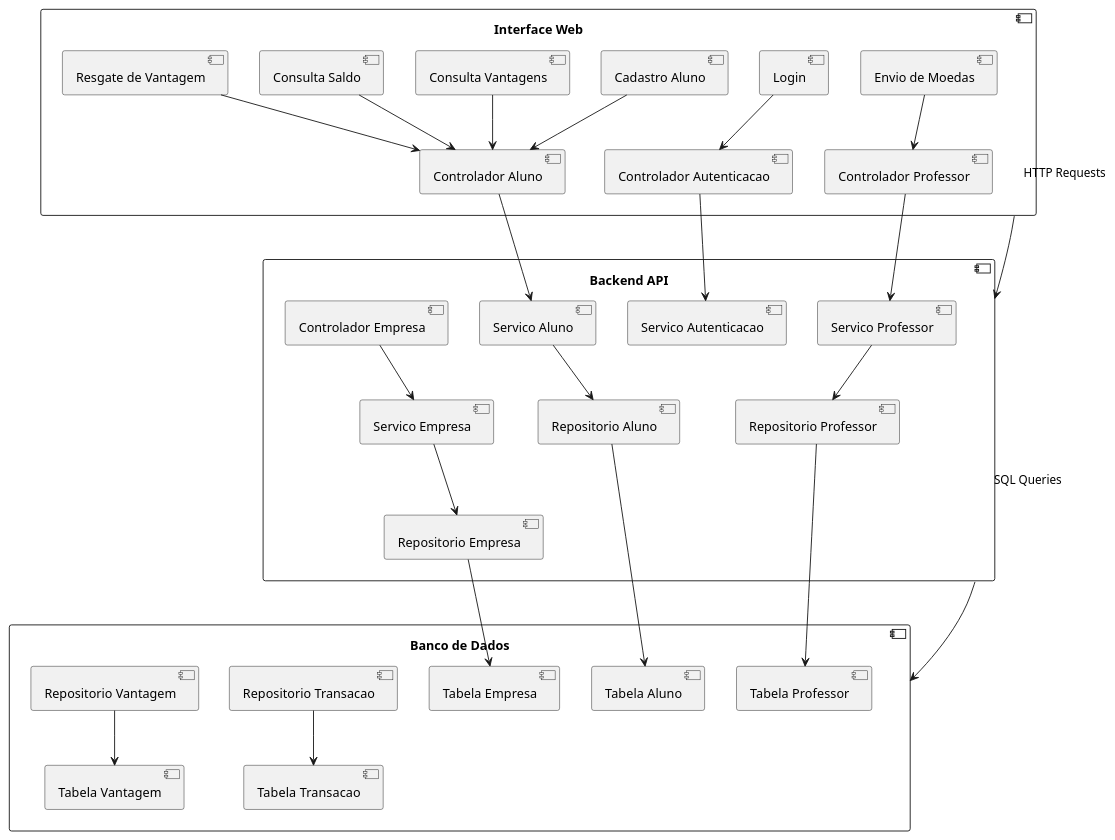
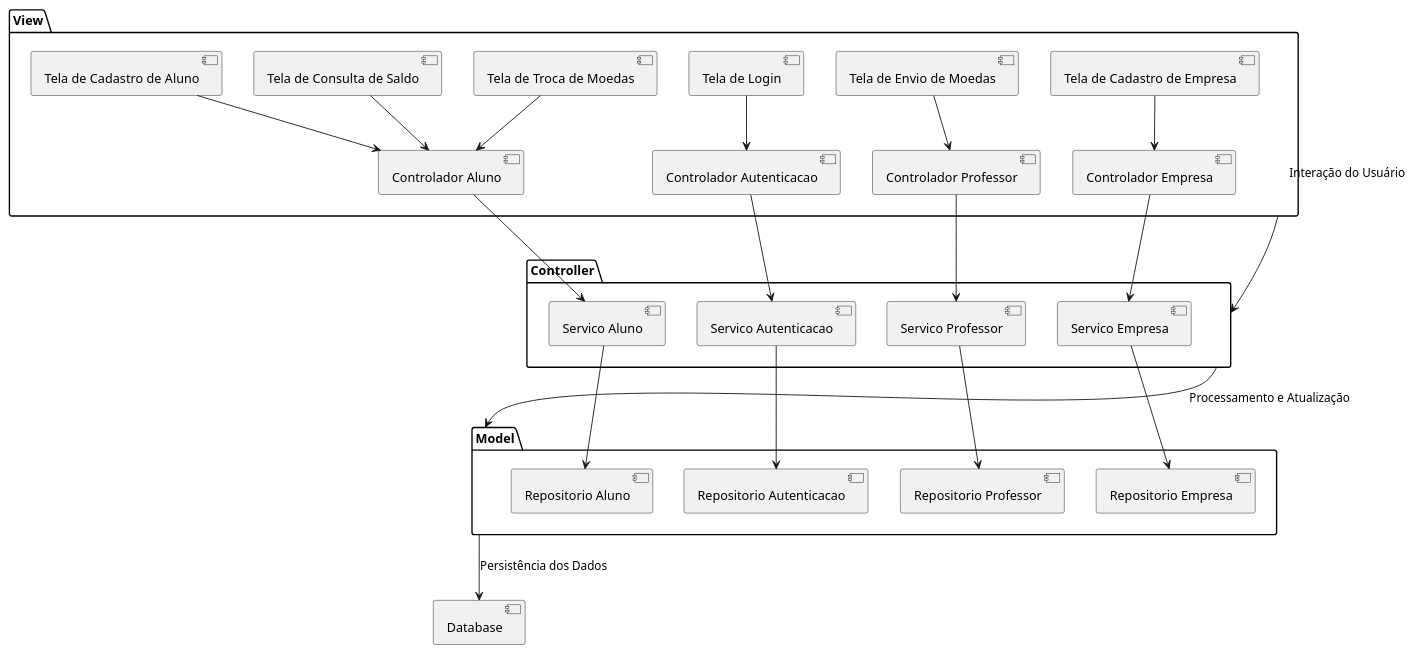
The diagram in project/diagramaDeComponentes.puml (liviabontempol/LDS-projeto3), drawn with PlantUML before and after one commit.

```diff
--- a/project/diagramaDeComponentes.puml
+++ b/project/diagramaDeComponentes.puml
@@ -1,31 +1,28 @@
 @startuml
-component "Interface Web" {
-    [Cadastro Aluno] --> [Controlador Aluno]
-    [Login] --> [Controlador Autenticacao]
-    [Consulta Saldo] --> [Controlador Aluno]
-    [Envio de Moedas] --> [Controlador Professor]
-    [Consulta Vantagens] --> [Controlador Aluno]
-    [Resgate de Vantagem] --> [Controlador Aluno]
+package "View" {
+    [Tela de Cadastro de Aluno] --> [Controlador Aluno]
+    [Tela de Login] --> [Controlador Autenticacao]
+    [Tela de Consulta de Saldo] --> [Controlador Aluno]
+    [Tela de Envio de Moedas] --> [Controlador Professor]
+    [Tela de Troca de Moedas] --> [Controlador Aluno]
+    [Tela de Cadastro de Empresa] --> [Controlador Empresa]
 }
 
-component "Backend API" {
+package "Controller" {
     [Controlador Aluno] --> [Servico Aluno]
     [Controlador Professor] --> [Servico Professor]
     [Controlador Empresa] --> [Servico Empresa]
     [Controlador Autenticacao] --> [Servico Autenticacao]
+}
+
+package "Model" {
     [Servico Aluno] --> [Repositorio Aluno]
     [Servico Professor] --> [Repositorio Professor]
     [Servico Empresa] --> [Repositorio Empresa]
+    [Servico Autenticacao] --> [Repositorio Autenticacao]
 }
 
-component "Banco de Dados" {
-    [Repositorio Aluno] --> [Tabela Aluno]
-    [Repositorio Professor] --> [Tabela Professor]
-    [Repositorio Empresa] --> [Tabela Empresa]
-    [Repositorio Transacao] --> [Tabela Transacao]
-    [Repositorio Vantagem] --> [Tabela Vantagem]
-}
-
-[Interface Web] --> [Backend API] : HTTP Requests
-[Backend API] --> [Banco de Dados] : SQL Queries
+[View] --> [Controller] : Interação do Usuário
+[Controller] --> [Model] : Processamento e Atualização
+[Model] --> [Database] : Persistência dos Dados
 @enduml
```
